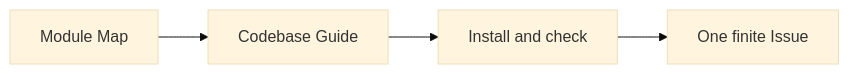
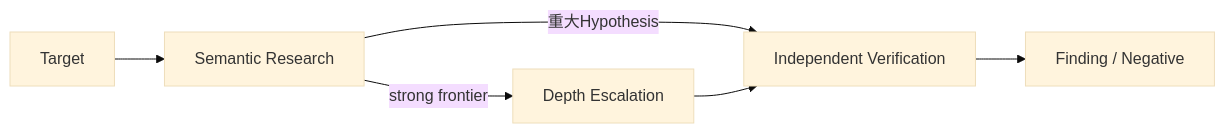
One commit to momoponwork1415-lgtm/wordpress-harness changed the diagram in README.md. Above: the diagram before and after it, drawn with Mermaid (base theme). The commit also changed other lines of this file, not shown here.

````diff
--- a/README.md
+++ b/README.md
@@ -54,6 +11,8 @@
 ```mermaid
 flowchart LR
-    map["Module Map"] --> status["Codebase Guide"]
-    status --> setup["Install and check"]
-    setup --> issue["One finite Issue"]
+    target["Target"] --> semantic["Semantic Research"]
+    semantic -->|"重大Hypothesis"| verify["Independent Verification"]
+    semantic -->|"strong frontier"| depth["Depth Escalation"]
+    depth --> verify
+    verify --> result["Finding / Negative"]
 ```
````
